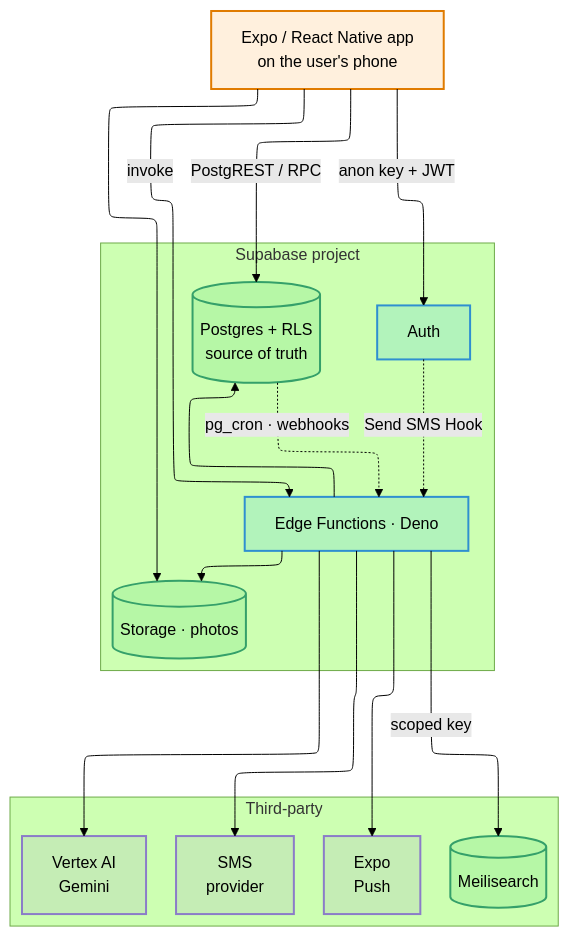
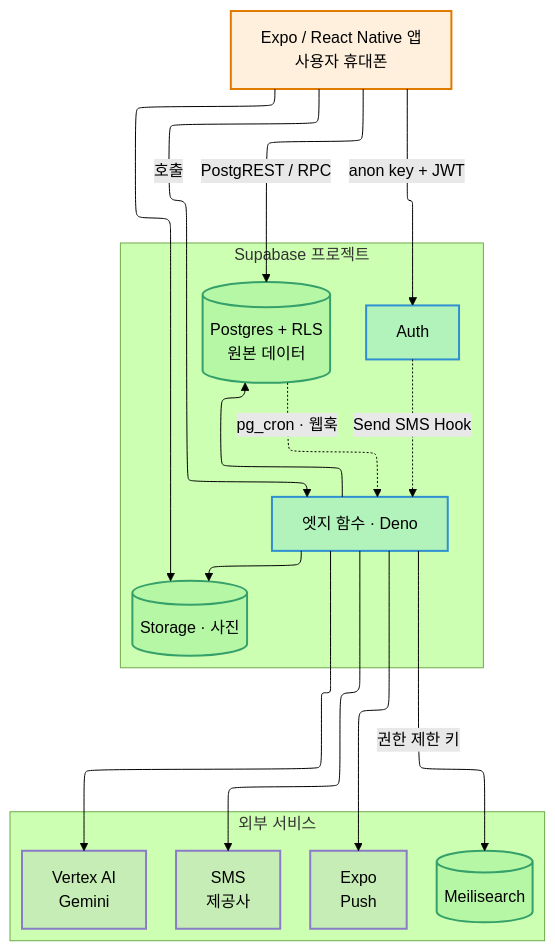
The first of 6 diagrams in docs/engineering/architecture.md (PopOut-Market/popout-docs), drawn with Mermaid (forest theme) before and after one commit. The commit also changed other lines of this file and 45 other files, not shown here.

````diff
--- a/docs/engineering/architecture.md
+++ b/docs/engineering/architecture.md
@@ -18,44 +18,44 @@
 ```mermaid
 %%{init: {"layout": "elk"}}%%
 flowchart TB
-    app["Expo / React Native app<br/>on the user's phone"]
+    app["Expo / React Native 앱<br/>사용자 휴대폰"]
 
-    subgraph supabase["Supabase project"]
+    subgraph supabase["Supabase 프로젝트"]
         auth["Auth"]
-        fn["Edge Functions · Deno"]
-        pg[("Postgres + RLS<br/>source of truth")]
-        storage[("Storage · photos")]
+        fn["엣지 함수 · Deno"]
+        pg[("Postgres + RLS<br/>원본 데이터")]
+        storage[("Storage · 사진")]
     end
 
-    subgraph third["Third-party"]
+    subgraph third["외부 서비스"]
         meili[("Meilisearch")]
         vertex["Vertex AI<br/>Gemini"]
-        sms["SMS<br/>provider"]
+        sms["SMS<br/>제공사"]
         push["Expo<br/>Push"]
     end
 
     app -->|"anon key + JWT"| auth
     app -->|"PostgREST / RPC"| pg
     app --> storage
-    app -->|"invoke"| fn
+    app -->|"호출"| fn
 
     auth -.->|"Send SMS Hook"| fn
-    pg -.->|"pg_cron · webhooks"| fn
+    pg -.->|"pg_cron · 웹훅"| fn
     fn --> pg
     fn --> storage
 
-    fn -->|"scoped key"| meili
+    fn -->|"권한 제한 키"| meili
     fn --> vertex
     fn --> sms
     fn --> push
 
     classDef client fill:#ff8c0022,stroke:#e07b00,stroke-width:2px
     classDef edge fill:#00a6f422,stroke:#2f8fd0,stroke-width:2px
     classDef data fill:#22c55e22,stroke:#35a06a,stroke-width:2px
     classDef ext fill:#8b7cc822,stroke:#8b7cc8,stroke-width:2px
 
     class app client
     class fn,auth edge
     class pg,storage,meili data
     class vertex,sms,push ext
 ```
````
